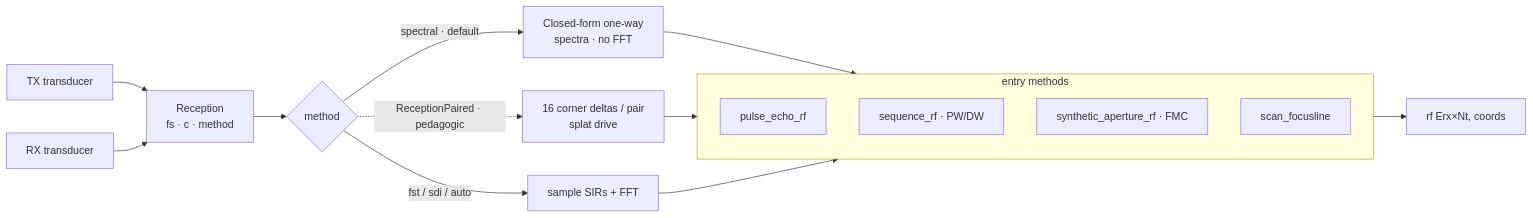
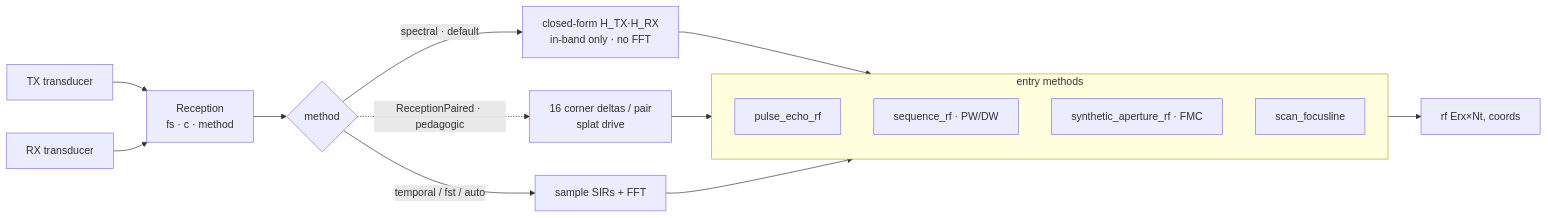
The diagram in docs/user-guide/reception.md (EstebanRivera08/eSDIva), drawn with Mermaid before and after one commit. The commit also changed other lines of this file and 30 other files, not shown here.

First line of the commit message:
docs: spectral/temporal SIR, soft baffle, signed pascal emission; skills validation record

````diff
--- a/docs/user-guide/reception.md
+++ b/docs/user-guide/reception.md
@@ -32,19 +38,19 @@
 ```mermaid
 flowchart LR
     TX[TX transducer] --> R[Reception<br/>fs · c · method]
     RX[RX transducer] --> R
     R --> M{method}
-    M -->|spectral · default| SP[Closed-form one-way<br/>spectra · no FFT]
+    M -->|spectral · default| SP["closed-form H_TX·H_RX<br/>in-band only · no FFT"]
     M -.->|ReceptionPaired · pedagogic| PA[16 corner deltas / pair<br/>splat drive]
-    M -->|fst / sdi / auto| CV[sample SIRs + FFT]
+    M -->|temporal / fst / auto| CV[sample SIRs + FFT]
     SP --> API
     PA --> API
     CV --> API
     subgraph API[entry methods]
       P1[pulse_echo_rf]
       P2[sequence_rf · PW/DW]
       P3[synthetic_aperture_rf · FMC]
       P4[scan_focusline]
     end
     API --> RF[rf Erx×Nt, coords]
 ```
````
